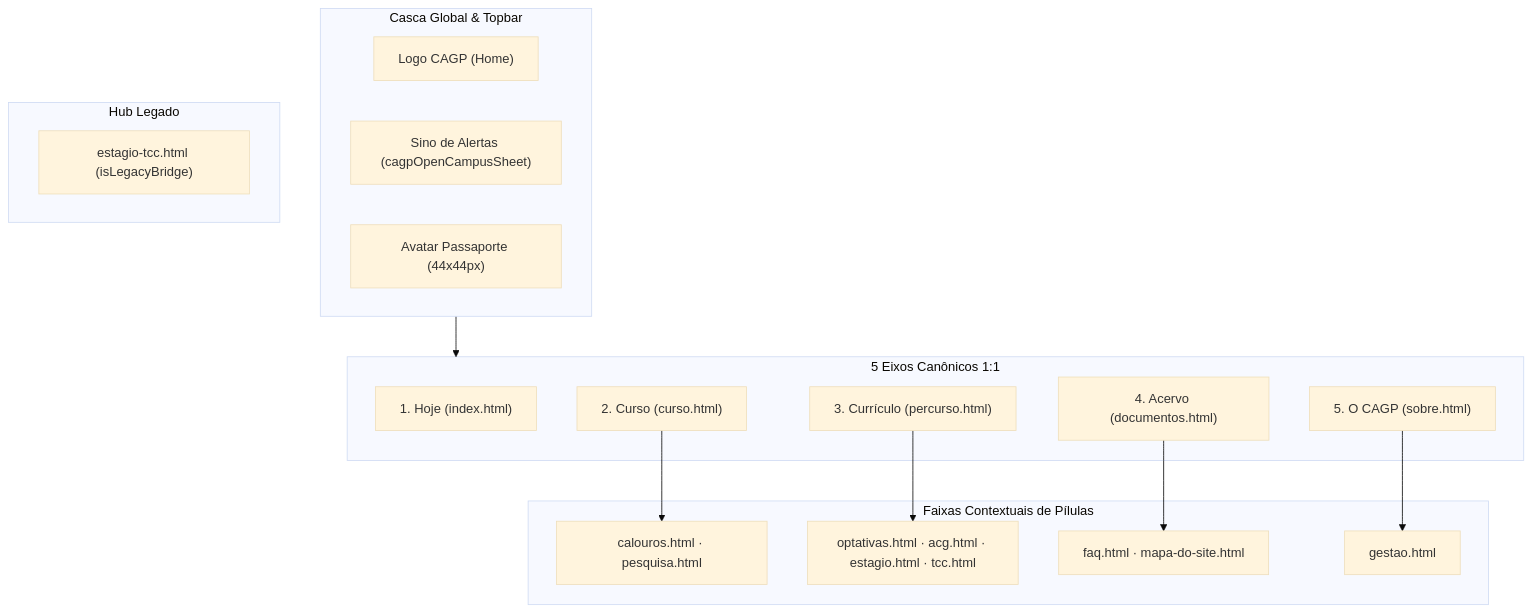
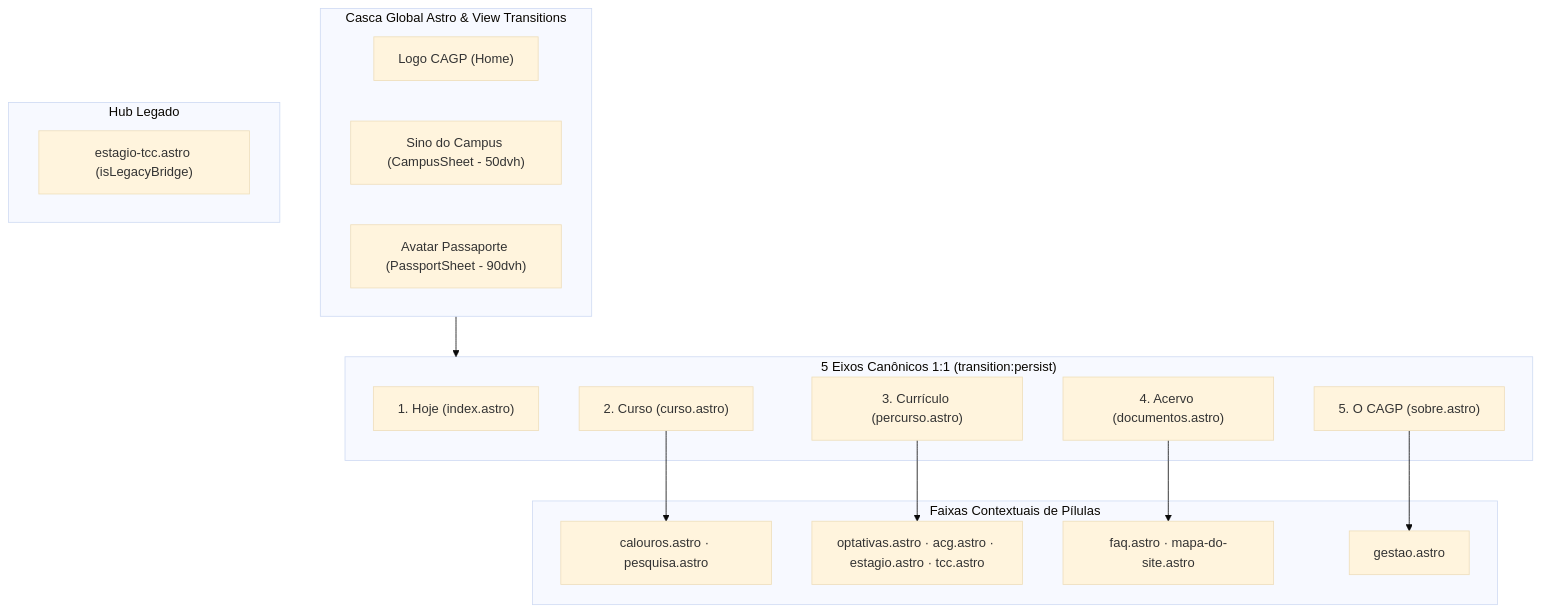
The second of 3 diagrams in AGENTS.md (gsathler-vi/cagp), drawn with Mermaid (base theme) before and after one commit. The commit also changed other lines of this file and 580 other files, not shown here.

````diff
--- a/AGENTS.md
+++ b/AGENTS.md
@@ -70,33 +111,33 @@
 ```mermaid
 graph TD
-  subgraph Shell ["Casca Global & Topbar"]
+  subgraph Shell ["Casca Global Astro & View Transitions"]
     Logo["Logo CAGP (Home)"]
-    Sino["Sino de Alertas (cagpOpenCampusSheet)"]
-    Avatar["Avatar Passaporte (44x44px)"]
+    Sino["Sino do Campus (CampusSheet - 50dvh)"]
+    Avatar["Avatar Passaporte (PassportSheet - 90dvh)"]
   end
 
-  subgraph BottomNav ["5 Eixos Canônicos 1:1"]
-    E1["1. Hoje (index.html)"]
-    E2["2. Curso (curso.html)"]
-    E3["3. Currículo (percurso.html)"]
-    E4["4. Acervo (documentos.html)"]
-    E5["5. O CAGP (sobre.html)"]
+  subgraph BottomNav ["5 Eixos Canônicos 1:1 (transition:persist)"]
+    E1["1. Hoje (index.astro)"]
+    E2["2. Curso (curso.astro)"]
+    E3["3. Currículo (percurso.astro)"]
+    E4["4. Acervo (documentos.astro)"]
+    E5["5. O CAGP (sobre.astro)"]
   end
 
   subgraph Pills ["Faixas Contextuais de Pílulas"]
-    P2["calouros.html · pesquisa.html"]
-    P3["optativas.html · acg.html · estagio.html · tcc.html"]
-    P4["faq.html · mapa-do-site.html"]
-    P5["gestao.html"]
+    P2["calouros.astro · pesquisa.astro"]
+    P3["optativas.astro · acg.astro · estagio.astro · tcc.astro"]
+    P4["faq.astro · mapa-do-site.astro"]
+    P5["gestao.astro"]
   end
 
   subgraph Ponte ["Hub Legado"]
-    PonteHub["estagio-tcc.html (isLegacyBridge)"]
+    PonteHub["estagio-tcc.astro (isLegacyBridge)"]
   end
 
   Shell --> BottomNav
   E2 --> P2
   E3 --> P3
   E4 --> P4
   E5 --> P5
 ```
````
